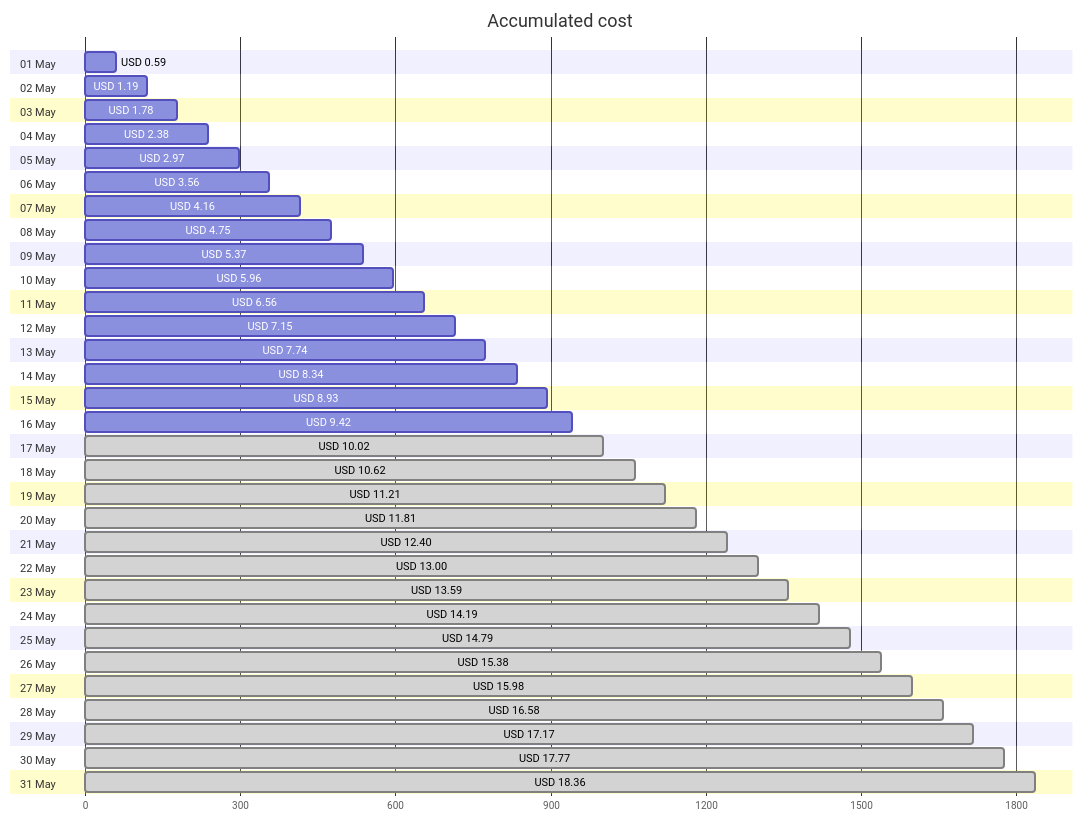
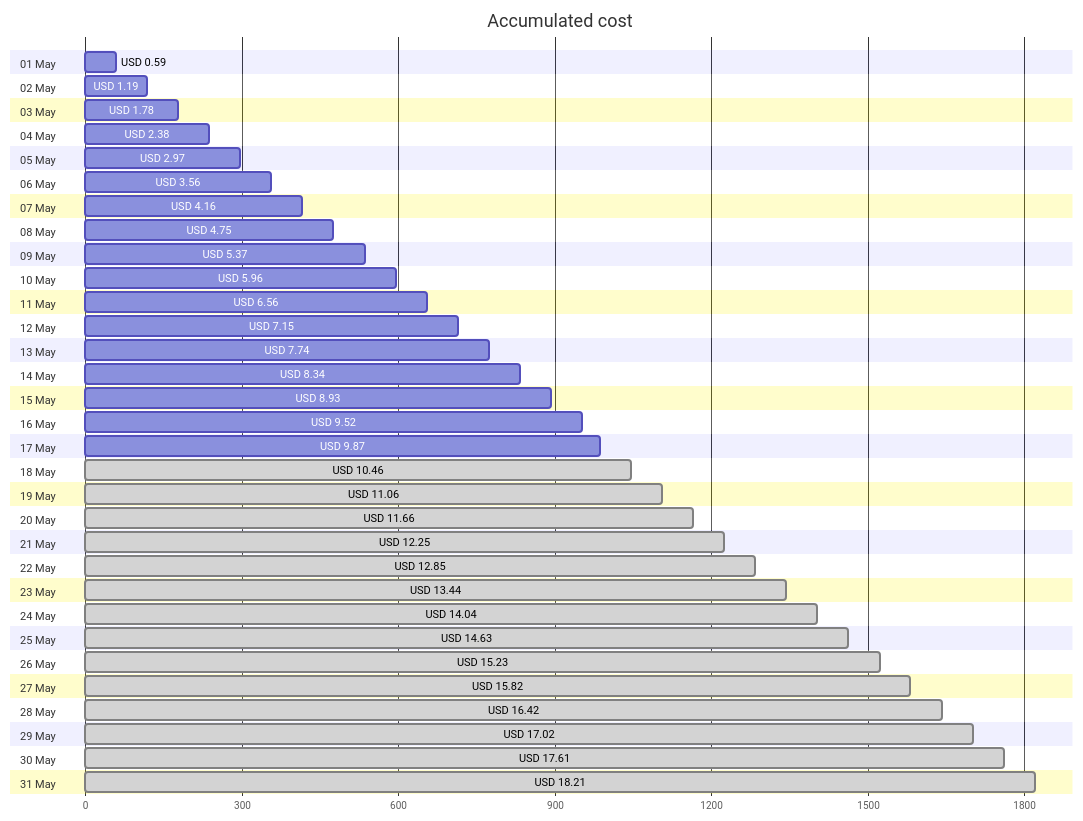
The first of 4 diagrams in cost-reports/personal-site/README.md (jpfulton/azure-personal-reports), drawn with Mermaid before and after one commit. The commit also changed other lines of this file and 6 other files, not shown here.

````diff
--- a/cost-reports/personal-site/README.md
+++ b/cost-reports/personal-site/README.md
@@ -20,68 +20,68 @@
 ```mermaid
 gantt
    title Accumulated cost
    dateFormat  X
    axisFormat %s
    section 01 May
    USD 0.59 :0, 59
    section 02 May
    USD 1.19 :0, 119
    section 03 May
    USD 1.78 :0, 178
    section 04 May
    USD 2.38 :0, 238
    section 05 May
    USD 2.97 :0, 297
    section 06 May
    USD 3.56 :0, 356
    section 07 May
    USD 4.16 :0, 416
    section 08 May
    USD 4.75 :0, 475
    section 09 May
    USD 5.37 :0, 537
    section 10 May
    USD 5.96 :0, 596
    section 11 May
    USD 6.56 :0, 656
    section 12 May
    USD 7.15 :0, 715
    section 13 May
    USD 7.74 :0, 774
    section 14 May
    USD 8.34 :0, 834
    section 15 May
    USD 8.93 :0, 893
    section 16 May
-   USD 9.42 :0, 942
+   USD 9.52 :0, 952
    section 17 May
-   USD 10.02 : done, 0, 1002
+   USD 9.87 :0, 987
    section 18 May
-   USD 10.62 : done, 0, 1062
+   USD 10.46 : done, 0, 1046
    section 19 May
-   USD 11.21 : done, 0, 1121
+   USD 11.06 : done, 0, 1106
    section 20 May
-   USD 11.81 : done, 0, 1181
+   USD 11.66 : done, 0, 1166
    section 21 May
-   USD 12.40 : done, 0, 1240
+   USD 12.25 : done, 0, 1225
    section 22 May
-   USD 13.00 : done, 0, 1300
+   USD 12.85 : done, 0, 1285
    section 23 May
-   USD 13.59 : done, 0, 1359
+   USD 13.44 : done, 0, 1344
    section 24 May
-   USD 14.19 : done, 0, 1419
+   USD 14.04 : done, 0, 1404
    section 25 May
-   USD 14.79 : done, 0, 1479
+   USD 14.63 : done, 0, 1463
    section 26 May
-   USD 15.38 : done, 0, 1538
+   USD 15.23 : done, 0, 1523
    section 27 May
-   USD 15.98 : done, 0, 1598
+   USD 15.82 : done, 0, 1582
    section 28 May
-   USD 16.58 : done, 0, 1658
+   USD 16.42 : done, 0, 1642
    section 29 May
-   USD 17.17 : done, 0, 1717
+   USD 17.02 : done, 0, 1702
    section 30 May
-   USD 17.77 : done, 0, 1777
+   USD 17.61 : done, 0, 1761
    section 31 May
-   USD 18.36 : done, 0, 1836
+   USD 18.21 : done, 0, 1821
 ```
````
